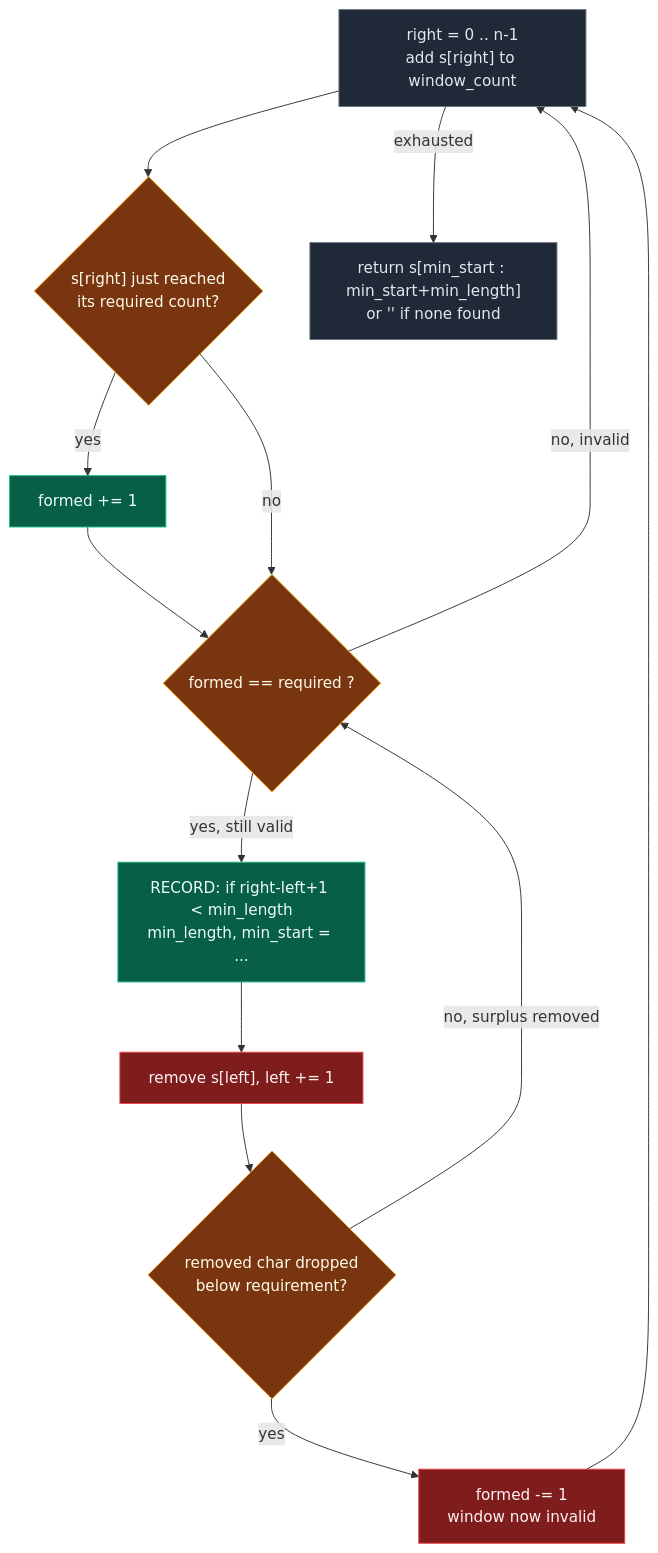
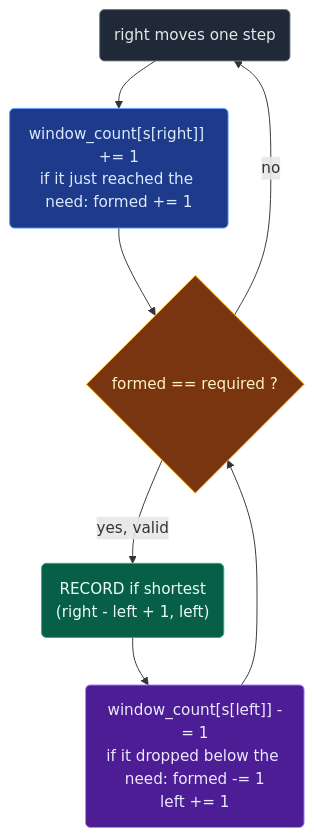
One commit to ajay-nikumbh/dsa-notes changed the third of 5 diagrams in 04. Sliding window/06. Hard/01. 76. Minimum Window Substring.md. Above: the diagram before and after it, drawn with Mermaid. The commit also changed other lines of this file, not shown here.

First line of the commit message:
Sliding Window 15: rewrite 76 Minimum Window Substring

````diff
--- a/04. Sliding window/06. Hard/01. 76. Minimum Window Substring.md
+++ b/04. Sliding window/06. Hard/01. 76. Minimum Window Substring.md
@@ -123,26 +125,15 @@
 ```mermaid
 flowchart TD
-    A["right = 0 .. n-1<br/>add s[right] to window_count"]:::edge
-    B{"s[right] just reached<br/>its required count?"}:::check
-    C["formed += 1"]:::calc
-    D{"formed == required ?"}:::check
-    E["RECORD: if right-left+1 < min_length<br/>min_length, min_start = ..."]:::calc
-    F["remove s[left], left += 1"]:::shrink
-    G{"removed char dropped<br/>below requirement?"}:::check
-    H["formed -= 1<br/>window now invalid"]:::shrink
-    I["return s[min_start : min_start+min_length]<br/>or '' if none found"]:::edge
+    A("right moves one step"):::step --> B("window_count[s[right]] += 1<br/>if it just reached the need: formed += 1"):::add
+    B --> C{"formed == required ?"}:::test
+    C -->|yes, valid| R("RECORD if shortest<br/>(right - left + 1, left)"):::calc
+    R --> D("window_count[s[left]] -= 1<br/>if it dropped below the need: formed -= 1<br/>left += 1"):::drop
+    D --> C
+    C -->|no| A
 
-    A --> B
-    B -- yes --> C --> D
-    B -- no --> D
-    D -- yes, still valid --> E --> F --> G
-    G -- yes --> H --> A
-    G -- no, surplus removed --> D
-    D -- no, invalid --> A
-    A -- exhausted --> I
-
-    classDef edge fill:#1f2937,stroke:#6b7280,color:#e5e7eb
-    classDef check fill:#78350f,stroke:#f59e0b,color:#fffbeb
-    classDef shrink fill:#7f1d1d,stroke:#ef4444,color:#fef2f2
+    classDef step fill:#1f2937,stroke:#6b7280,color:#e5e7eb
+    classDef add fill:#1e3a8a,stroke:#60a5fa,color:#dbeafe
+    classDef test fill:#78350f,stroke:#f59e0b,color:#fef3c7
+    classDef drop fill:#4c1d95,stroke:#a78bfa,color:#ede9fe
     classDef calc fill:#065f46,stroke:#10b981,color:#ecfdf5
 ```
````
